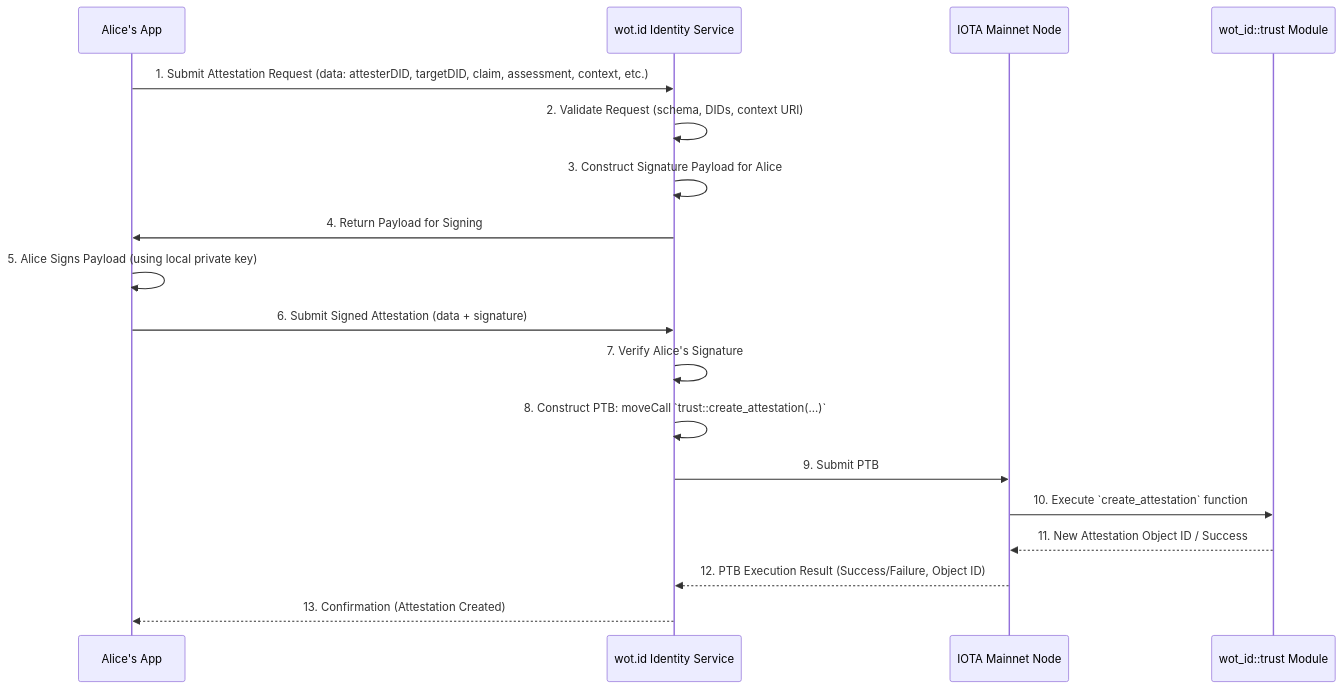
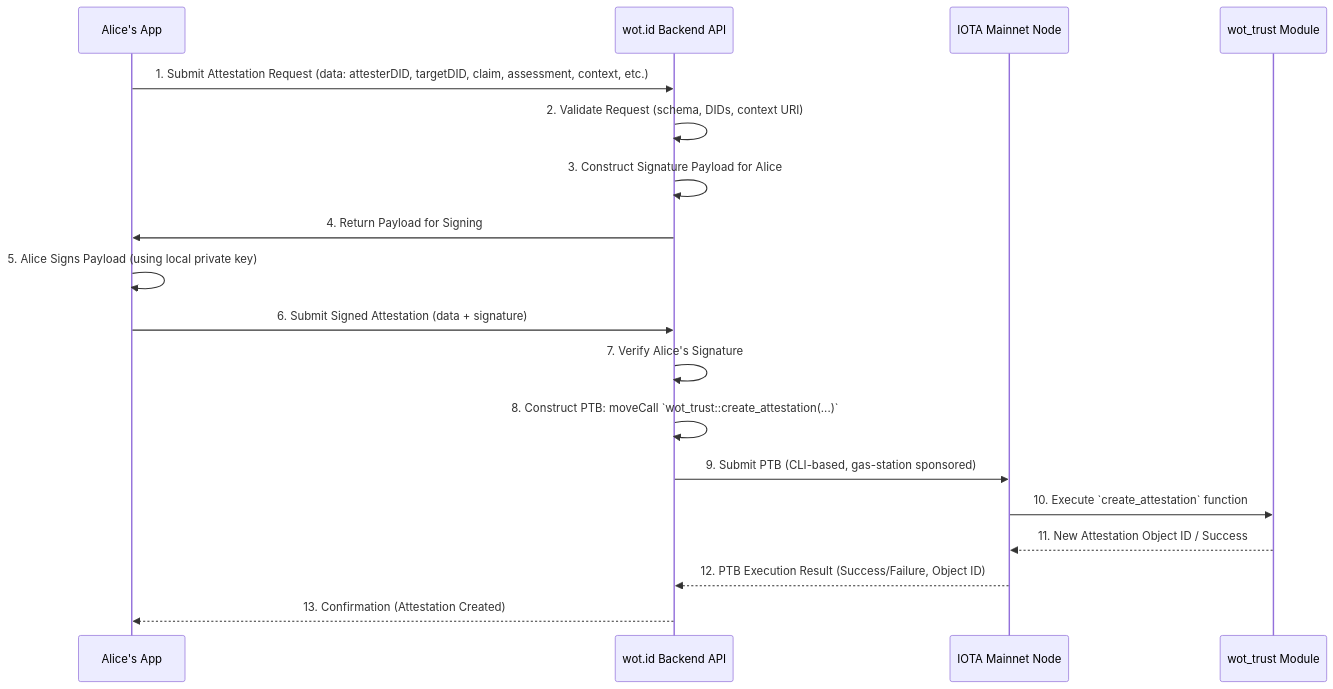
One commit to theweboftrust/wot.id-public-docs changed the second of 2 diagrams in 07_Trust_Architecture_And_Management.md. Above: the diagram before and after it, drawn with Mermaid. The commit also changed other lines of this file and 10 other files, not shown here.

````diff
--- a/07_Trust_Architecture_And_Management.md
+++ b/07_Trust_Architecture_And_Management.md
@@ -477,21 +489,21 @@
 ```mermaid
 sequenceDiagram
     participant AliceApp as Alice's App
-    participant IdentityService as wot.id Identity Service
+    participant Backend as wot.id Backend API
     participant IOTANode as IOTA Mainnet Node
-    participant TrustModule as wot_id::trust Module
+    participant TrustModule as wot_trust Module
 
-    AliceApp->>IdentityService: 1. Submit Attestation Request (data: attesterDID, targetDID, claim, assessment, context, etc.)
-    IdentityService->>IdentityService: 2. Validate Request (schema, DIDs, context URI)
-    IdentityService->>IdentityService: 3. Construct Signature Payload for Alice
-    IdentityService->>AliceApp: 4. Return Payload for Signing
+    AliceApp->>Backend: 1. Submit Attestation Request (data: attesterDID, targetDID, claim, assessment, context, etc.)
+    Backend->>Backend: 2. Validate Request (schema, DIDs, context URI)
+    Backend->>Backend: 3. Construct Signature Payload for Alice
+    Backend->>AliceApp: 4. Return Payload for Signing
     AliceApp->>AliceApp: 5. Alice Signs Payload (using local private key)
-    AliceApp->>IdentityService: 6. Submit Signed Attestation (data + signature)
-    IdentityService->>IdentityService: 7. Verify Alice's Signature
-    IdentityService->>IdentityService: 8. Construct PTB: moveCall `trust::create_attestation(...)`
-    IdentityService->>IOTANode: 9. Submit PTB
+    AliceApp->>Backend: 6. Submit Signed Attestation (data + signature)
+    Backend->>Backend: 7. Verify Alice's Signature
+    Backend->>Backend: 8. Construct PTB: moveCall `wot_trust::create_attestation(...)`
+    Backend->>IOTANode: 9. Submit PTB (CLI-based, gas-station sponsored)
     IOTANode->>TrustModule: 10. Execute `create_attestation` function
     TrustModule-->>IOTANode: 11. New Attestation Object ID / Success
-    IOTANode-->>IdentityService: 12. PTB Execution Result (Success/Failure, Object ID)
-    IdentityService-->>AliceApp: 13. Confirmation (Attestation Created)
+    IOTANode-->>Backend: 12. PTB Execution Result (Success/Failure, Object ID)
+    Backend-->>AliceApp: 13. Confirmation (Attestation Created)
 ```
````
